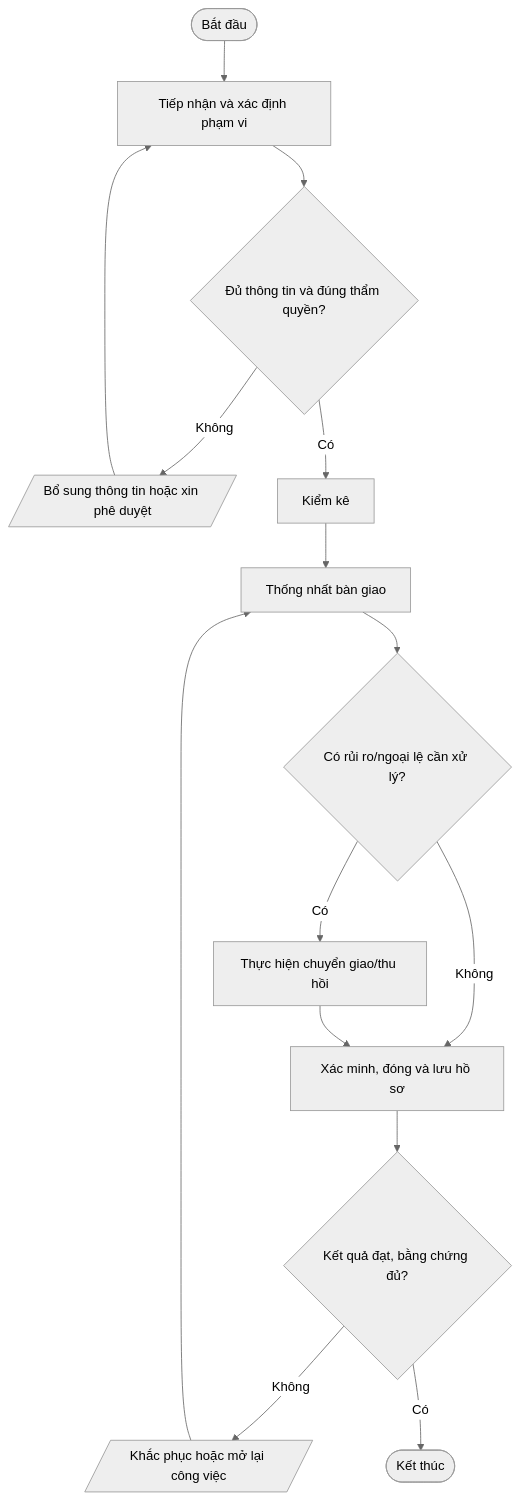
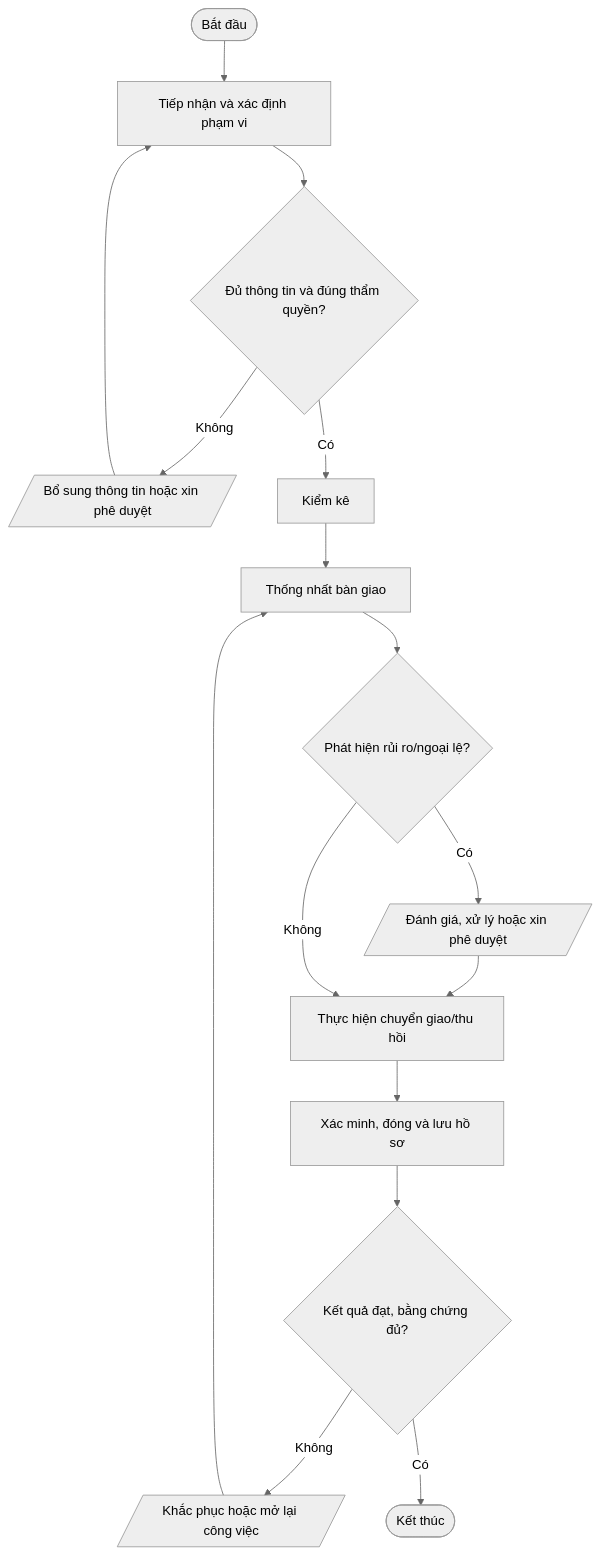
One commit to daoaigiangnam/Quy_Trinh_Chuan changed the first of 4 diagrams in quy-trinh/06-Ket-thuc-hop-dong/README.md. Above: the diagram before and after it, drawn with Mermaid (neutral theme). The commit also changed other lines of this file, not shown here.

Commit message:
docs: correct procedure flowchart decision paths

````diff
--- a/quy-trinh/06-Ket-thuc-hop-dong/README.md
+++ b/quy-trinh/06-Ket-thuc-hop-dong/README.md
@@ -50,17 +50,18 @@
 ```mermaid
 flowchart TD
   A([Bắt đầu]) --> S1["Tiếp nhận và xác định phạm vi"]
   S1 --> D1{"Đủ thông tin và đúng thẩm quyền?"}
   D1 -- Không --> F1[/"Bổ sung thông tin hoặc xin phê duyệt"/]
   F1 --> S1
   D1 -- Có --> S2["Kiểm kê"]
   S2 --> S3["Thống nhất bàn giao"]
-  S3 --> D2{"Có rủi ro/ngoại lệ cần xử lý?"}
-  D2 -- Có --> S4["Thực hiện chuyển giao/thu hồi"]
-  D2 -- Không --> S5["Xác minh, đóng và lưu hồ sơ"]
-  S4 --> S5
+  S3 --> D2{"Phát hiện rủi ro/ngoại lệ?"}
+  D2 -- Có --> RISK[/"Đánh giá, xử lý hoặc xin phê duyệt"/]
+  RISK --> S4["Thực hiện chuyển giao/thu hồi"]
+  D2 -- Không --> S4
+  S4 --> S5["Xác minh, đóng và lưu hồ sơ"]
   S5 --> D3{"Kết quả đạt, bằng chứng đủ?"}
   D3 -- Không --> R[/"Khắc phục hoặc mở lại công việc"/]
   R --> S3
   D3 -- Có --> Z([Kết thúc])
 ```
````
